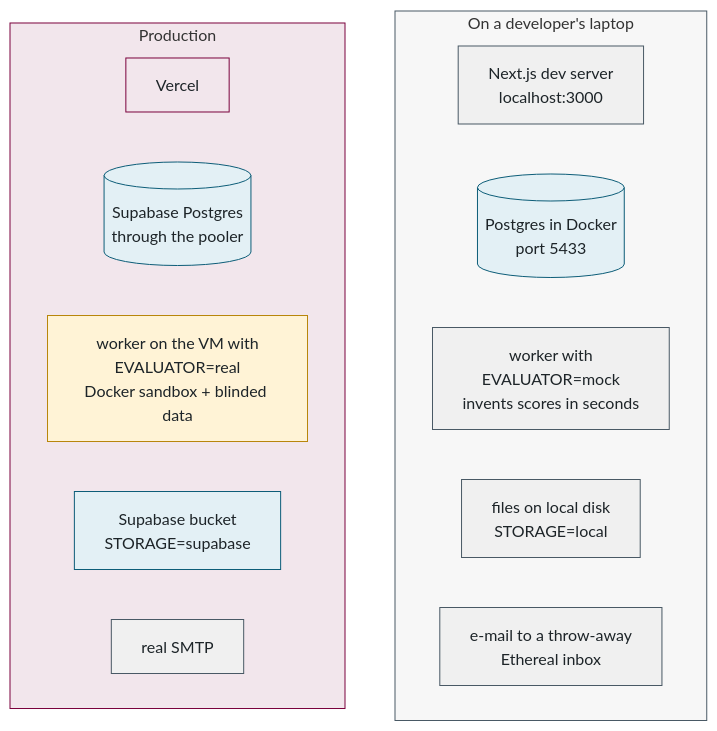
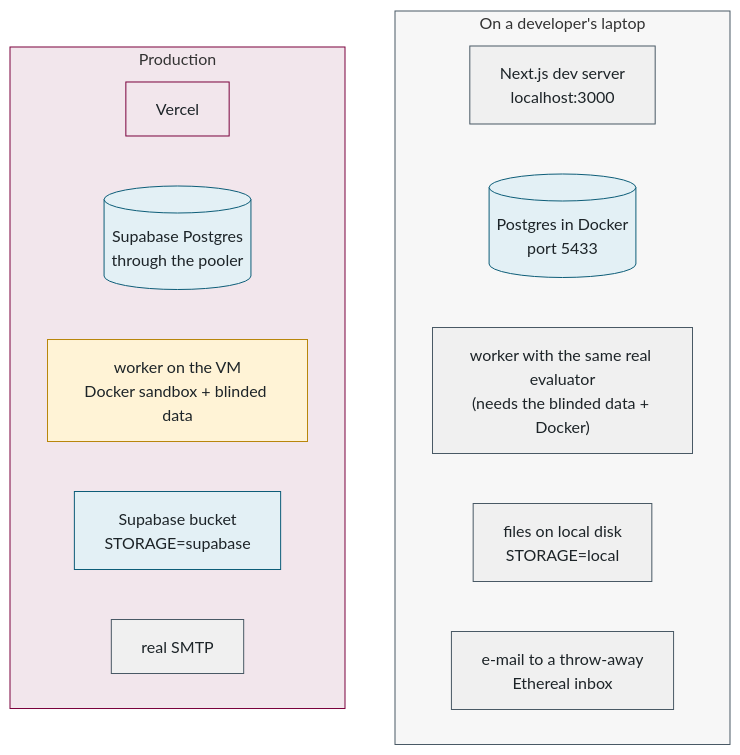
Before and after one commit to McMaster-Battery-Research-Group/battery-soc-benchmark: the second of 2 diagrams in docs/walkthrough/03-the-tools-and-libraries-and-why-each-one.md, drawn with Mermaid. The commit also changed other lines of this file and 16 other files, not shown here.

Commit message:
Remove the mock evaluator entirely; seed only accounts and a contest (no fabricated results, no real people); README as a launcher; walkthrough and PDF updated to match

````diff
--- a/docs/walkthrough/03-the-tools-and-libraries-and-why-each-one.md
+++ b/docs/walkthrough/03-the-tools-and-libraries-and-why-each-one.md
@@ -32,29 +32,29 @@
 ```mermaid
 flowchart TB
     subgraph DEV["On a developer's laptop"]
         D1["Next.js dev server<br/>localhost:3000"]
         D2[("Postgres in Docker<br/>port 5433")]
-        D3["worker with<br/>EVALUATOR=mock<br/>invents scores in seconds"]
+        D3["worker with the same real evaluator<br/>(needs the blinded data + Docker)"]
         D4["files on local disk<br/>STORAGE=local"]
         D5["e-mail to a throw-away<br/>Ethereal inbox"]
     end
     subgraph PROD["Production"]
         P1["Vercel"]
         P2[("Supabase Postgres<br/>through the pooler")]
-        P3["worker on the VM with<br/>EVALUATOR=real<br/>Docker sandbox + blinded data"]
+        P3["worker on the VM<br/>Docker sandbox + blinded data"]
         P4["Supabase bucket<br/>STORAGE=supabase"]
         P5["real SMTP"]
     end
     style DEV fill:#F7F7F7,stroke:#495965
     style PROD fill:#F2E6EC,stroke:#7A003C
     classDef ext fill:#F0F0F0,stroke:#495965,color:#1d2428
     classDef web fill:#F2E6EC,stroke:#7A003C,color:#1d2428
     classDef worker fill:#FFF3D6,stroke:#B8860B,color:#1d2428
     classDef data fill:#E3F0F5,stroke:#0D5D78,color:#1d2428
     class D1,D3,D4,D5 ext
     class D2 data
     class P1 web
     class P2,P4 data
     class P3 worker
     class P5 ext
 ```
````
